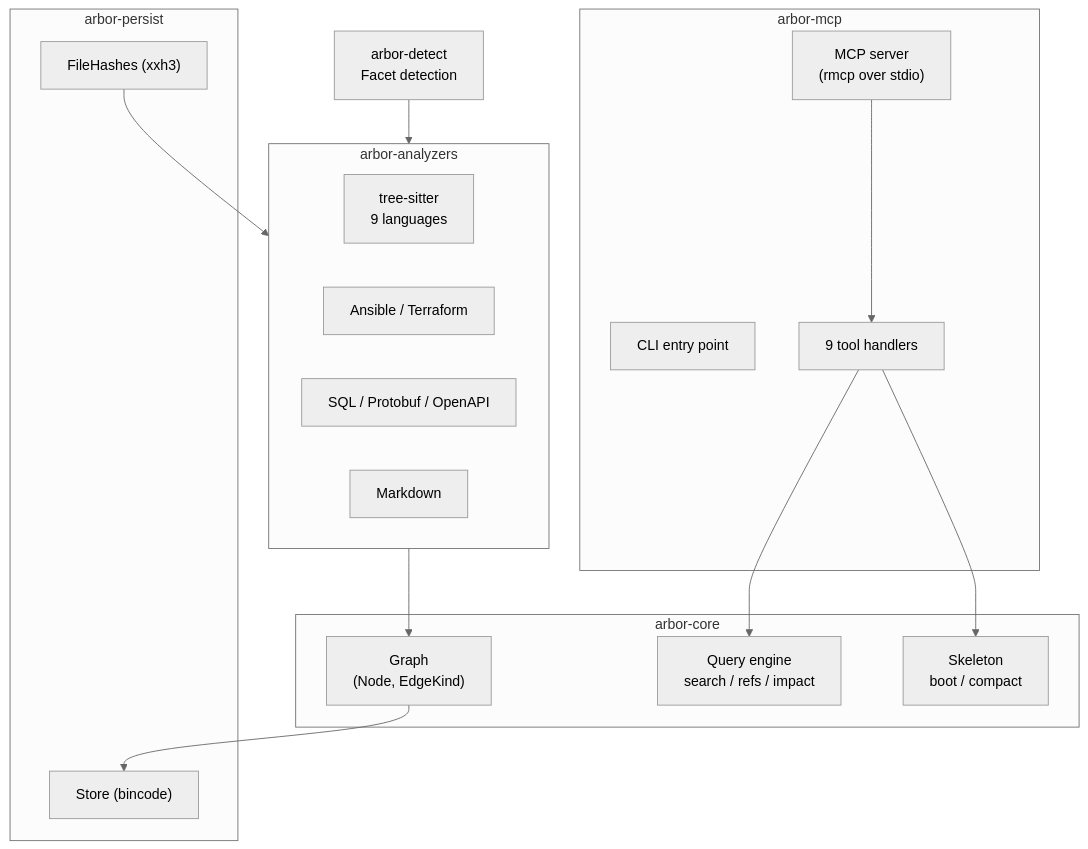
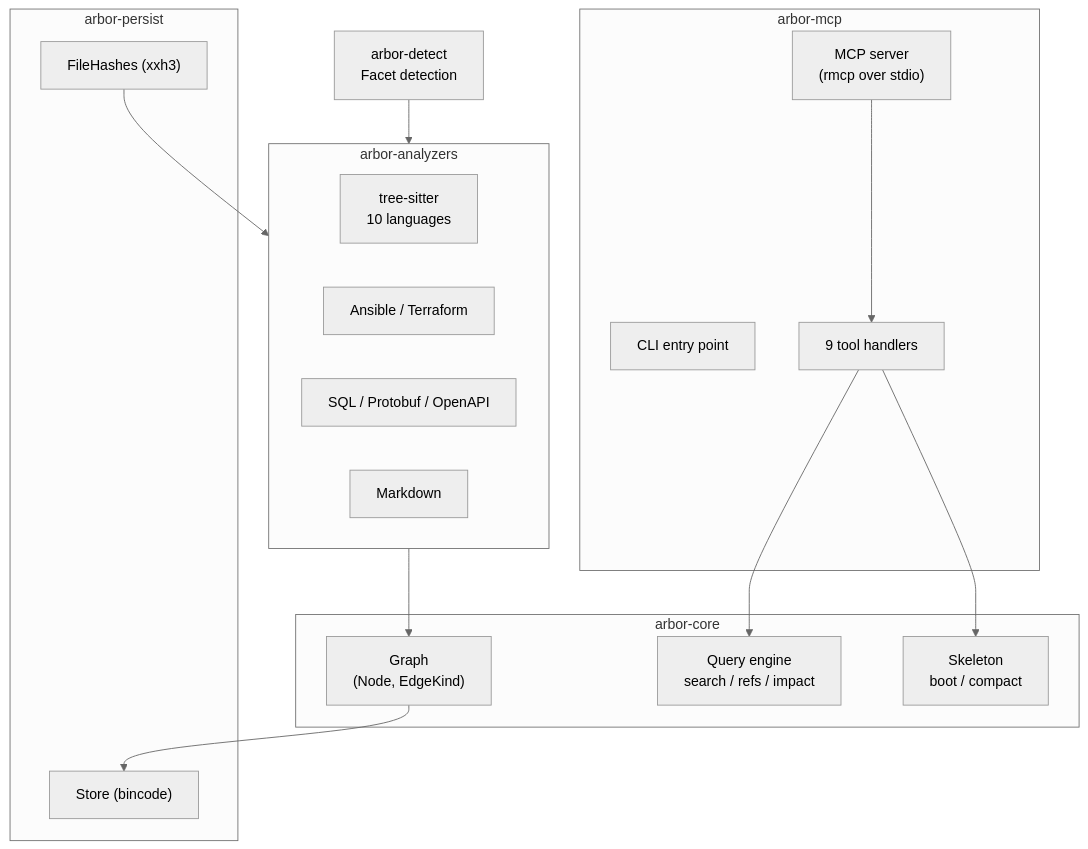
The second of 2 diagrams in README.md (nikita-voronoy/arbor), drawn with Mermaid (neutral theme) before and after one commit. The commit also changed other lines of this file and 4 other files, not shown here.

````diff
--- a/README.md
+++ b/README.md
@@ -171,36 +174,36 @@
 ```mermaid
 graph TB
     subgraph arbor-mcp["arbor-mcp"]
         MCP["MCP server<br>(rmcp over stdio)"]
         CLI["CLI entry point"]
         H["9 tool handlers"]
     end
 
     subgraph arbor-analyzers["arbor-analyzers"]
-        TS["tree-sitter<br>9 languages"]
+        TS["tree-sitter<br>10 languages"]
         IAC["Ansible / Terraform"]
         SCH["SQL / Protobuf / OpenAPI"]
         DOC["Markdown"]
     end
 
     subgraph arbor-core["arbor-core"]
         G["Graph<br>(Node, EdgeKind)"]
         Q["Query engine<br>search / refs / impact"]
         SK["Skeleton<br>boot / compact"]
     end
 
     subgraph arbor-persist["arbor-persist"]
         ST["Store (bincode)"]
         FH["FileHashes (xxh3)"]
     end
 
     DET["arbor-detect<br>Facet detection"]
 
     MCP --> H
     H --> Q
     H --> SK
     arbor-analyzers --> G
     DET --> arbor-analyzers
     G --> ST
     FH --> arbor-analyzers
 ```
````
